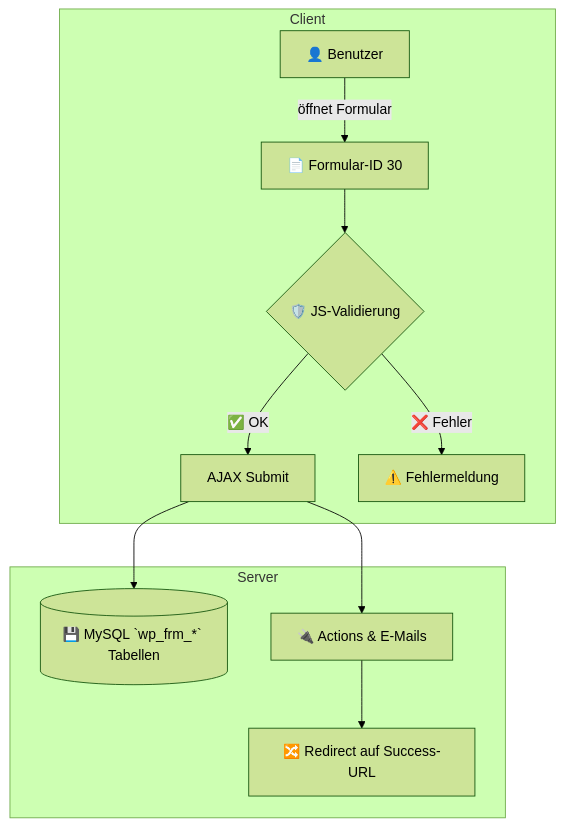
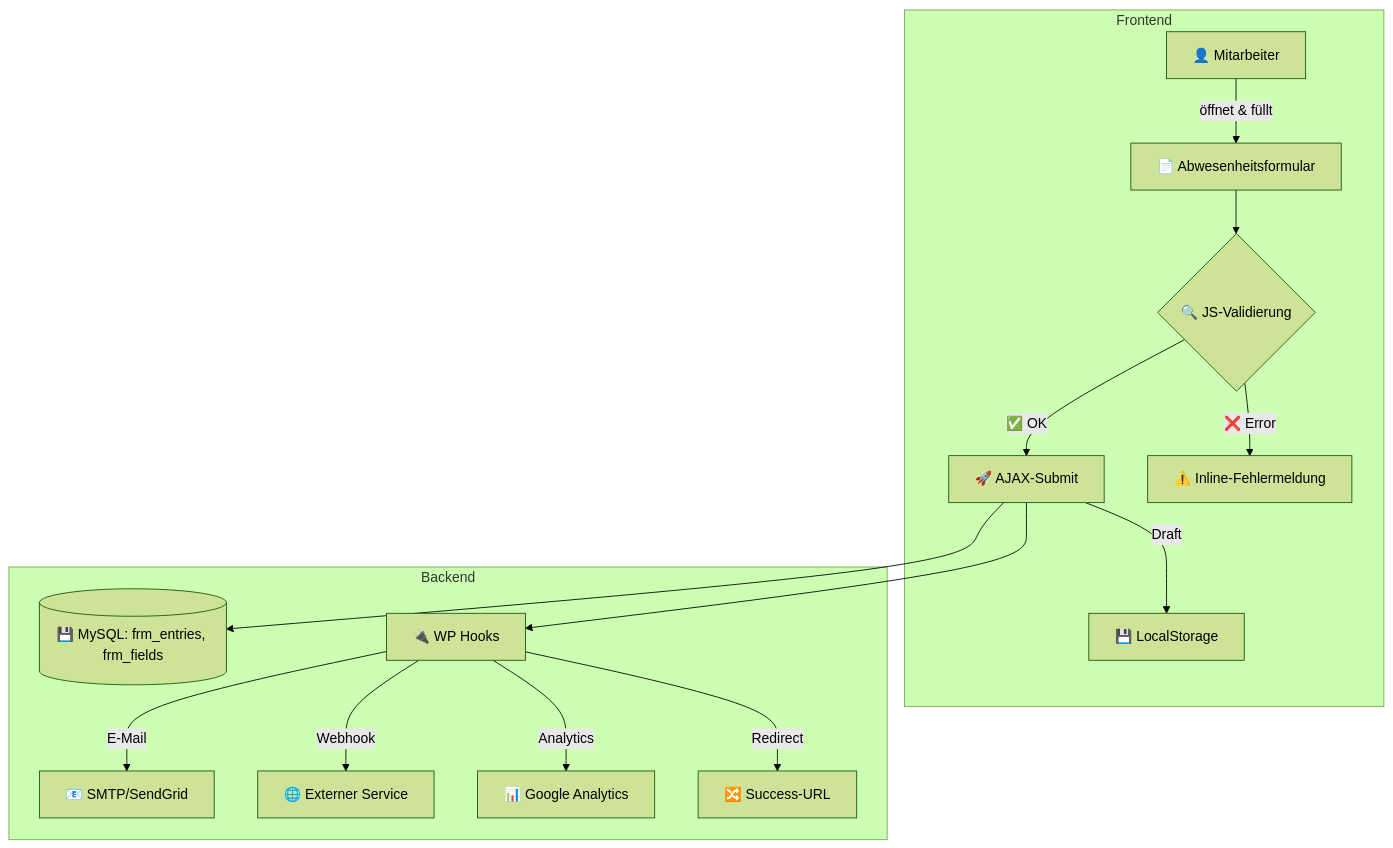
Before and after one commit to erzisolutions/GLOBL-CONTACT: the diagram in Klicktool WFM – Abwesenheiten (Formular‑ID 30).MD, drawn with Mermaid (forest theme). The commit also changed other lines of this file, not shown here.

Commit message:
Update Klicktool WFM – Abwesenheiten (Formular‑ID 30).MD

````diff
--- a/Klicktool WFM – Abwesenheiten (Formular‑ID 30).MD
+++ b/Klicktool WFM – Abwesenheiten (Formular‑ID 30).MD
@@ -104,15 +80,19 @@
 ```mermaid
-flowchart TB
-  subgraph Client
-    U[👤 Benutzer] -->|öffnet Formular| F[📄 Formular-ID 30]
-    F --> V{🛡️ JS-Validierung}
-    V -->|✅ OK| A[AJAX Submit]
-    V -->|❌ Fehler| E[⚠️ Fehlermeldung]
+flowchart TD
+  subgraph Client[Frontend]
+    U[👤 Mitarbeiter]
+    U -->|öffnet & füllt| F[📄 Abwesenheitsformular]
+    F --> V{🔍 JS-Validierung}
+    V -->|✅ OK| A[🚀 AJAX-Submit]
+    V -->|❌ Error| E[⚠️ Inline-Fehlermeldung]
+    A -->|Draft| D[💾 LocalStorage]
   end
-
-  subgraph Server
-    A --> DB[(💾 MySQL `wp_frm_*` Tabellen)]
-    A --> Hooks[🔌 Actions & E-Mails]
-    Hooks --> Redirect[🔀 Redirect auf Success-URL]
+  subgraph Server[Backend]
+    A --> DB[(💾 MySQL: frm_entries, frm_fields)]
+    A --> Hooks[🔌 WP Hooks]
+    Hooks -->|E-Mail| SMTP[📧 SMTP/SendGrid]
+    Hooks -->|Webhook| WS[🌐 Externer Service]
+    Hooks -->|Analytics| GA[📊 Google Analytics]
+    Hooks -->|Redirect| R[🔀 Success-URL]
   end
 ```
````
